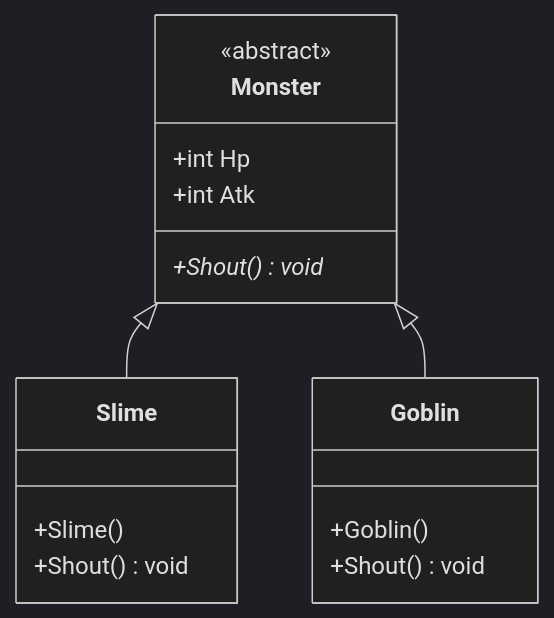
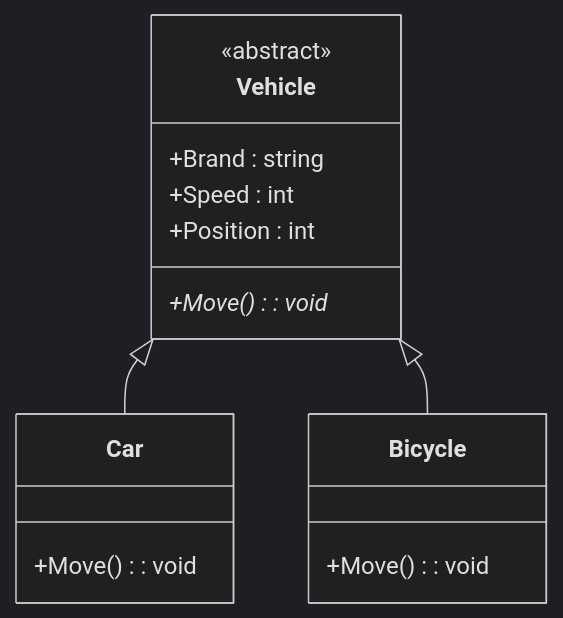
One commit to HKHorazon/Slide1142 changed the diagram in MERMAID/MD/CSharp_13_HW_Q3.mmd. Above: the diagram before and after it, drawn with Mermaid (dark theme). The commit also changed 29 other files, not shown here.

```diff
--- a/MERMAID/MD/CSharp_13_HW_Q3.mmd
+++ b/MERMAID/MD/CSharp_13_HW_Q3.mmd
@@ -1,17 +1,16 @@
 classDiagram
-    class Monster {
+    class Vehicle {
         <<abstract>>
-        +int Hp
-        +int Atk
-        +Shout()* void
+        +Brand : string
+        +Speed : int
+        +Position : int
+        +Move()* : void
     }
-    class Slime {
-        +Slime()
-        +Shout() void
+    class Car {
+        +Move() : void
     }
-    class Goblin {
-        +Goblin()
-        +Shout() void
+    class Bicycle {
+        +Move() : void
     }
-    Monster <|-- Slime
-    Monster <|-- Goblin
+    Vehicle <|-- Car
+    Vehicle <|-- Bicycle
```
